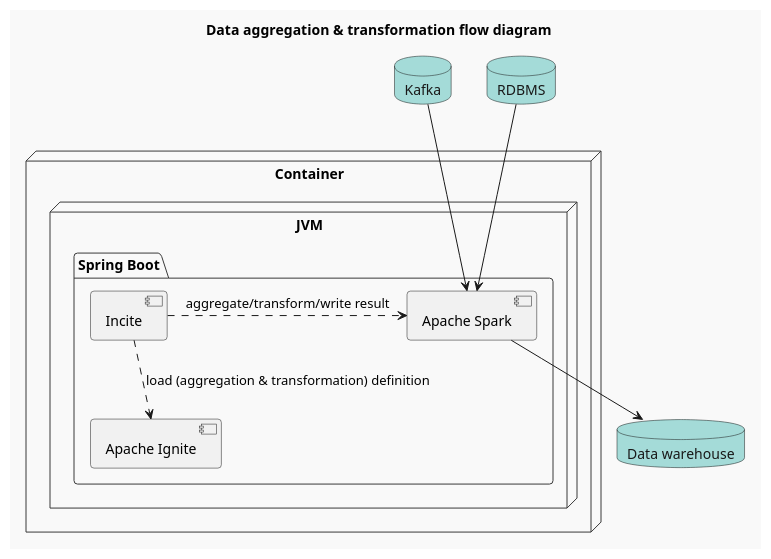
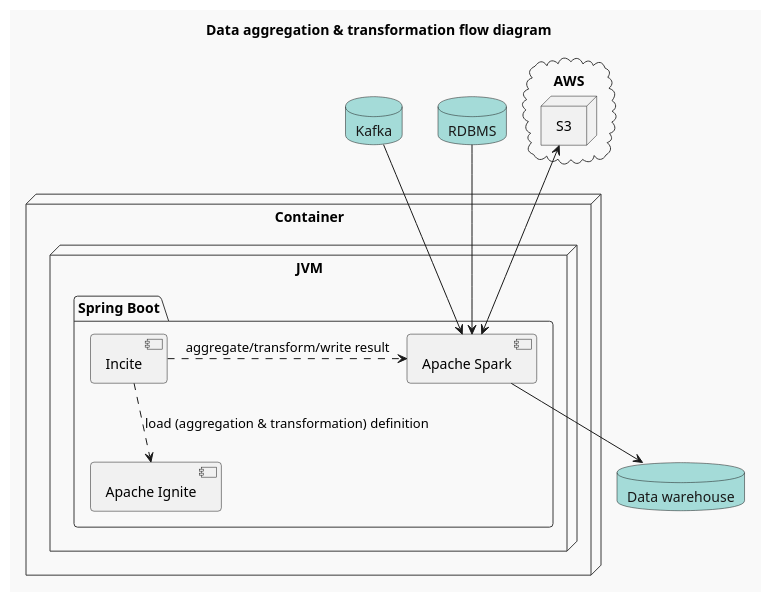
One commit to Stiggy-C/incite changed the diagram in aggregate_flow_diagram.puml. Above: the diagram before and after it, drawn with PlantUML. The commit also changed 8 other files, not shown here.

```diff
--- a/aggregate_flow_diagram.puml
+++ b/aggregate_flow_diagram.puml
@@ -1,34 +1,41 @@
 @startuml
 'https://plantuml.com/component-diagram
 
 !theme mars
 
 title "Data aggregation & transformation flow diagram"
+
+cloud "AWS" {
+
+    node "S3" as s3
+
+}
 
 database "Kafka" as kafka
 
 database "RDBMS" as mysql
 
 database "Data warehouse" as postgres
 
 node "Container" {
 
     node "JVM" {
 
         package "Spring Boot" {
 
             component "Incite" as incite
             component "Apache Ignite" as ignite
             component "Apache Spark" as spark
 
         }
     }
 }
 
 incite ..> ignite : load (aggregation & transformation) definition
 incite .> spark : aggregate/transform/write result
 kafka --> spark
 mysql --> spark
+s3 <--> spark
 spark --> postgres
 
 @enduml
```
